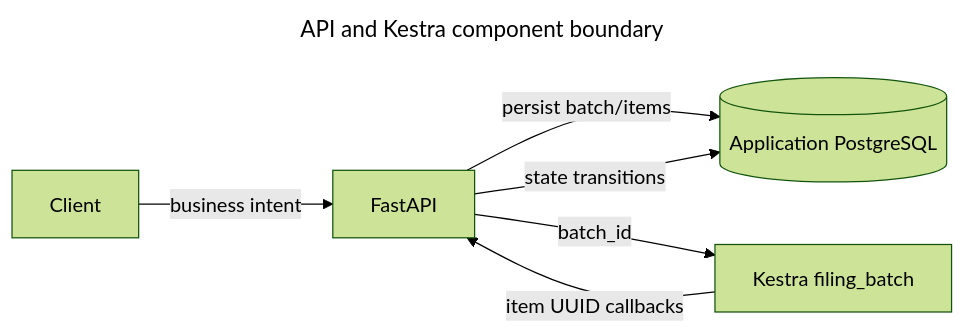
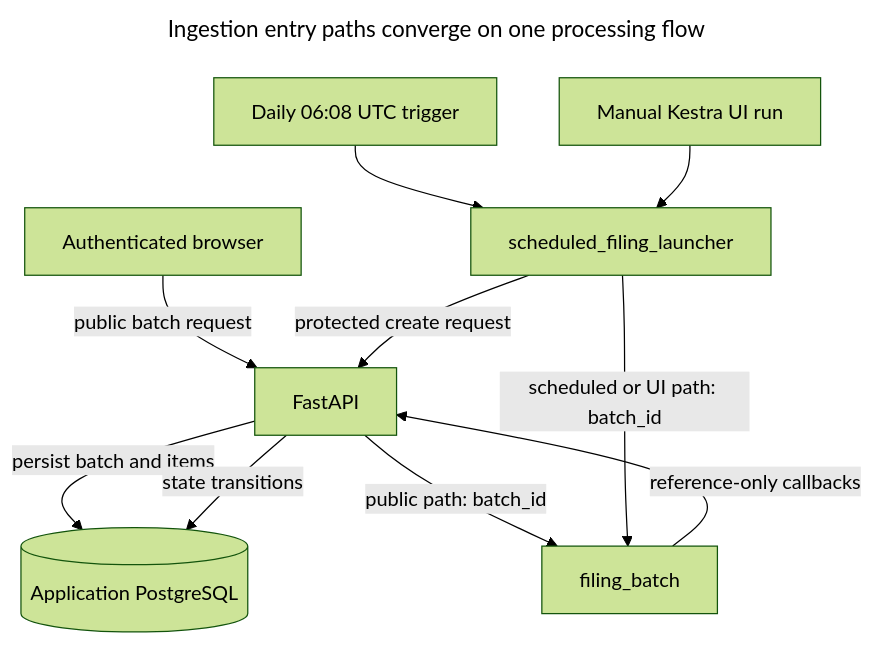
Before and after one commit to hongchit/sec-filing-rag-poc: the first of 6 diagrams in docs/orchestration.md, drawn with Mermaid (forest theme). The commit also changed other lines of this file and 87 other files, not shown here.

Commit message:
feat: add public showcase, evaluation overview, and scheduled ingestion

````diff
--- a/docs/orchestration.md
+++ b/docs/orchestration.md
@@ -9,11 +11,15 @@
 ```mermaid
 ---
-title: API and Kestra component boundary
+title: Ingestion entry paths converge on one processing flow
 ---
-flowchart LR
-  C[Client] -->|business intent| A[FastAPI]
-  A -->|persist batch/items| DB[(Application PostgreSQL)]
-  A -->|batch_id| K[Kestra filing_batch]
-  K -->|item UUID callbacks| A
-  A -->|state transitions| DB
+flowchart TD
+  UI[Authenticated browser] -->|public batch request| API[FastAPI]
+  CRON[Daily 06:08 UTC trigger] --> L[scheduled_filing_launcher]
+  KUI[Manual Kestra UI run] --> L
+  L -->|protected create request| API
+  API -->|persist batch and items| DB[(Application PostgreSQL)]
+  API -->|public path: batch_id| B[filing_batch]
+  L -->|scheduled or UI path: batch_id| B
+  B -->|reference-only callbacks| API
+  API -->|state transitions| DB
 ```
````
